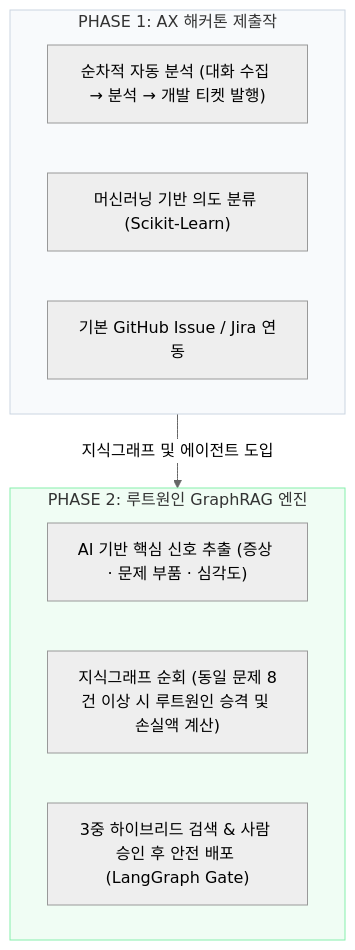
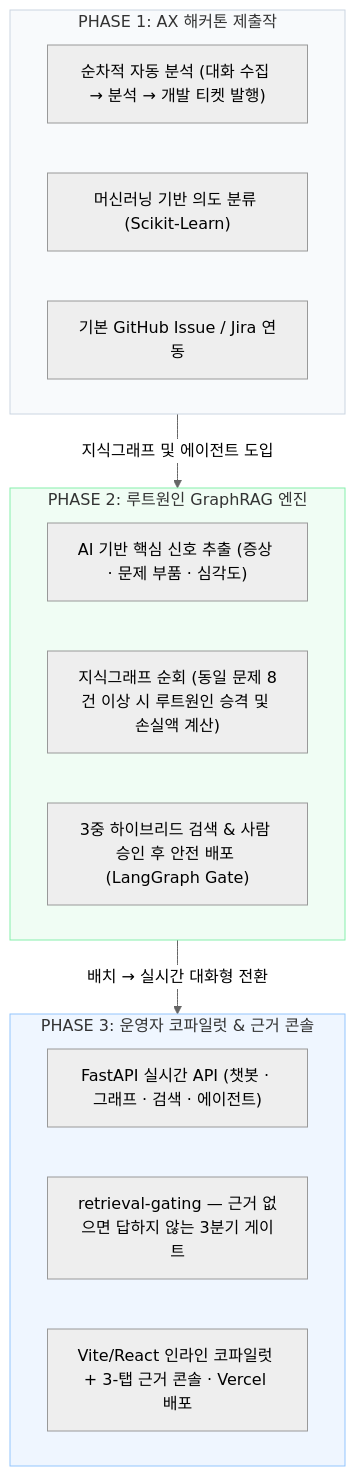
Before and after one commit to kanziman/channel-voc-demo: the first of 4 diagrams in README.md, drawn with Mermaid (neutral theme). The commit also changed other lines of this file, not shown here.

First line of the commit message:
docs(readme): add Phase 3 architecture (copilot + 3-tab evidence console)

````diff
--- a/README.md
+++ b/README.md
@@ -28,19 +30,28 @@
 ```mermaid
 flowchart TD
     subgraph Phase1 ["PHASE 1: AX 해커톤 제출작"]
         P1_1["순차적 자동 분석 (대화 수집 → 분석 → 개발 티켓 발행)"]
         P1_2["머신러닝 기반 의도 분류 (Scikit-Learn)"]
         P1_3["기본 GitHub Issue / Jira 연동"]
     end
 
     Phase1 -->|"지식그래프 및 에이전트 도입"| Phase2
 
     subgraph Phase2 ["PHASE 2: 루트원인 GraphRAG 엔진"]
         P2_1["AI 기반 핵심 신호 추출 (증상 · 문제 부품 · 심각도)"]
         P2_2["지식그래프 순회 (동일 문제 8건 이상 시 루트원인 승격 및 손실액 계산)"]
         P2_3["3중 하이브리드 검색 & 사람 승인 후 안전 배포 (LangGraph Gate)"]
     end
 
+    Phase2 -->|"배치 → 실시간 대화형 전환"| Phase3
+
+    subgraph Phase3 ["PHASE 3: 운영자 코파일럿 & 근거 콘솔"]
+        P3_1["FastAPI 실시간 API (챗봇 · 그래프 · 검색 · 에이전트)"]
+        P3_2["retrieval-gating — 근거 없으면 답하지 않는 3분기 게이트"]
+        P3_3["Vite/React 인라인 코파일럿 + 3-탭 근거 콘솔 · Vercel 배포"]
+    end
+
     style Phase1 fill:#f8fafc,stroke:#cbd5e1
     style Phase2 fill:#f0fdf4,stroke:#86efac
+    style Phase3 fill:#eff6ff,stroke:#93c5fd
 ```
````
